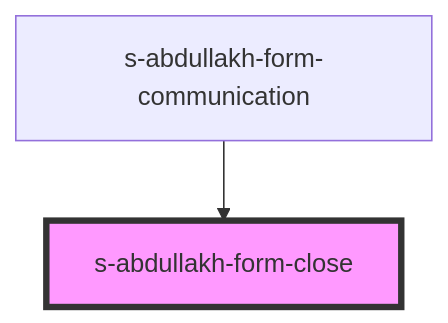
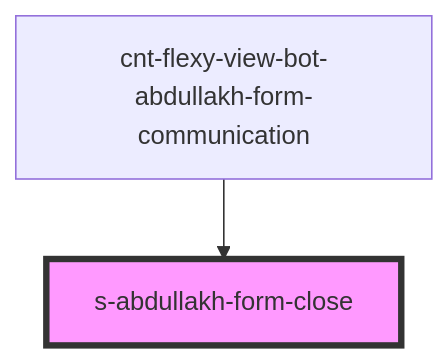
One commit to Wokh-Dada/botdevelopmentapp changed the diagram in src/components/cnt-flexy-view-abdullakh-bot-form-communication-1_0_0/res/view/cnt-flexy-view-bot-abdullakh-form-communication/res/view/s-abdullakh-form-close/readme.md. Above: the diagram before and after it, drawn with Mermaid. The commit also changed other lines of this file and 138 other files, not shown here.

````diff
--- a/src/components/cnt-flexy-view-abdullakh-bot-form-communication-1_0_0/res/view/cnt-flexy-view-bot-abdullakh-form-communication/res/view/s-abdullakh-form-close/readme.md
+++ b/src/components/cnt-flexy-view-abdullakh-bot-form-communication-1_0_0/res/view/cnt-flexy-view-bot-abdullakh-form-communication/res/view/s-abdullakh-form-close/readme.md
@@ -22,5 +22,5 @@
 ```mermaid
 graph TD;
-  s-abdullakh-form-communication --> s-abdullakh-form-close
+  cnt-flexy-view-bot-abdullakh-form-communication --> s-abdullakh-form-close
   style s-abdullakh-form-close fill:#f9f,stroke:#333,stroke-width:4px
 ```
````
